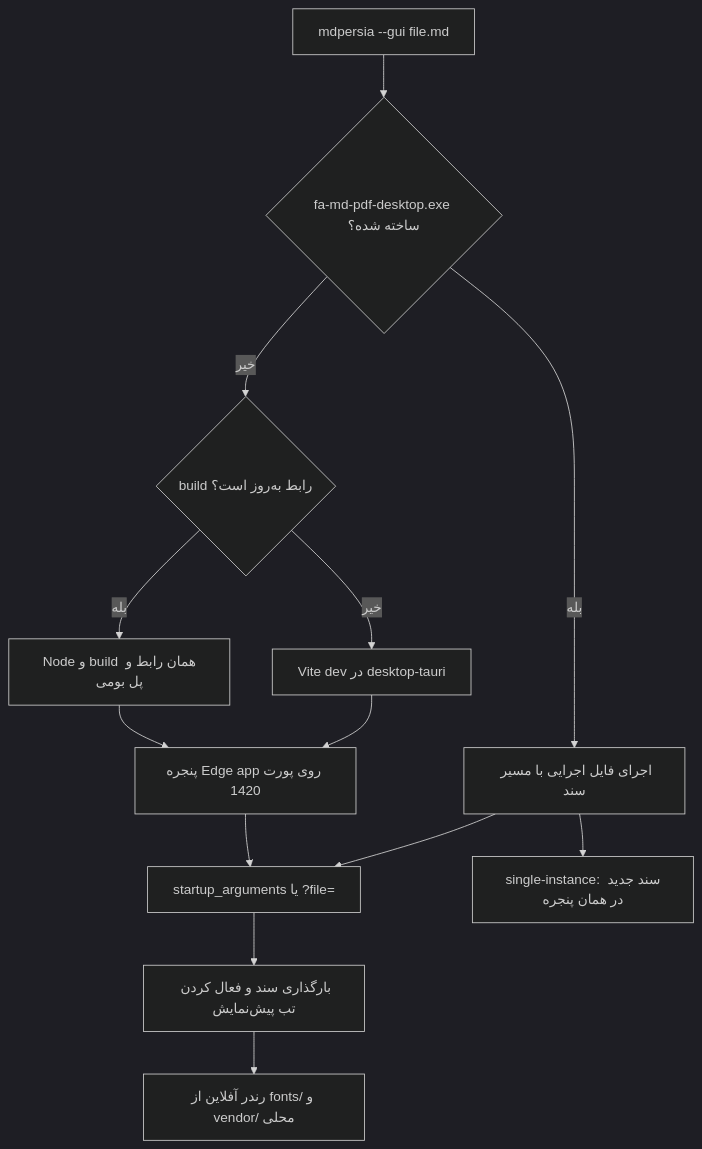
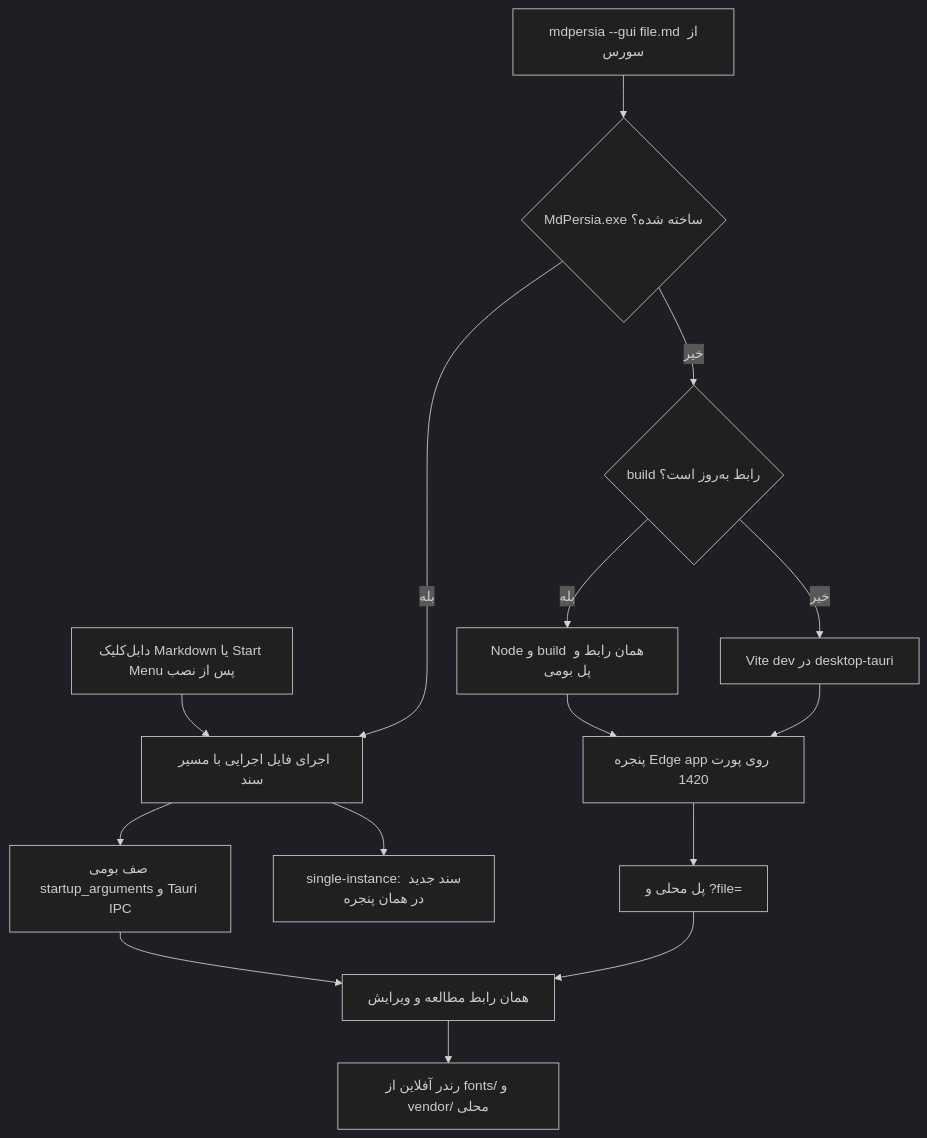
One commit to Pezhm4n/MdPersia changed the third of 3 diagrams in docs/ARCHITECTURE.md. Above: the diagram before and after it, drawn with Mermaid (dark theme). The commit also changed other lines of this file and 6 other files, not shown here.

````diff
--- a/docs/ARCHITECTURE.md
+++ b/docs/ARCHITECTURE.md
@@ -42,15 +46,17 @@
 ```mermaid
 flowchart TD
-    A["mdpersia --gui file.md"] --> B{"fa-md-pdf-desktop.exe ساخته شده؟"}
+    P["دابل‌کلیک Markdown یا Start Menu پس از نصب"] --> C
+    A["mdpersia --gui file.md از سورس"] --> B{"MdPersia.exe ساخته شده؟"}
     B --> |بله| C["اجرای فایل اجرایی با مسیر سند"]
     B --> |خیر| J{"build رابط به‌روز است؟"}
     J --> |بله| D["Node و build همان رابط و پل بومی"]
     J --> |خیر| K["Vite dev در desktop-tauri"]
     K --> E
     D --> E["پنجره Edge app روی پورت 1420"]
-    C --> F["startup_arguments یا ?file="]
-    E --> F
-    F --> G["بارگذاری سند و فعال کردن تب پیش‌نمایش"]
+    C --> F["صف بومی startup_arguments و Tauri IPC"]
+    E --> F2["پل محلی و ?file="]
+    F --> G["همان رابط مطالعه و ویرایش"]
+    F2 --> G
     G --> H["رندر آفلاین از fonts/ و vendor/ محلی"]
     C --> I["single-instance: سند جدید در همان پنجره"]
 ```
````
